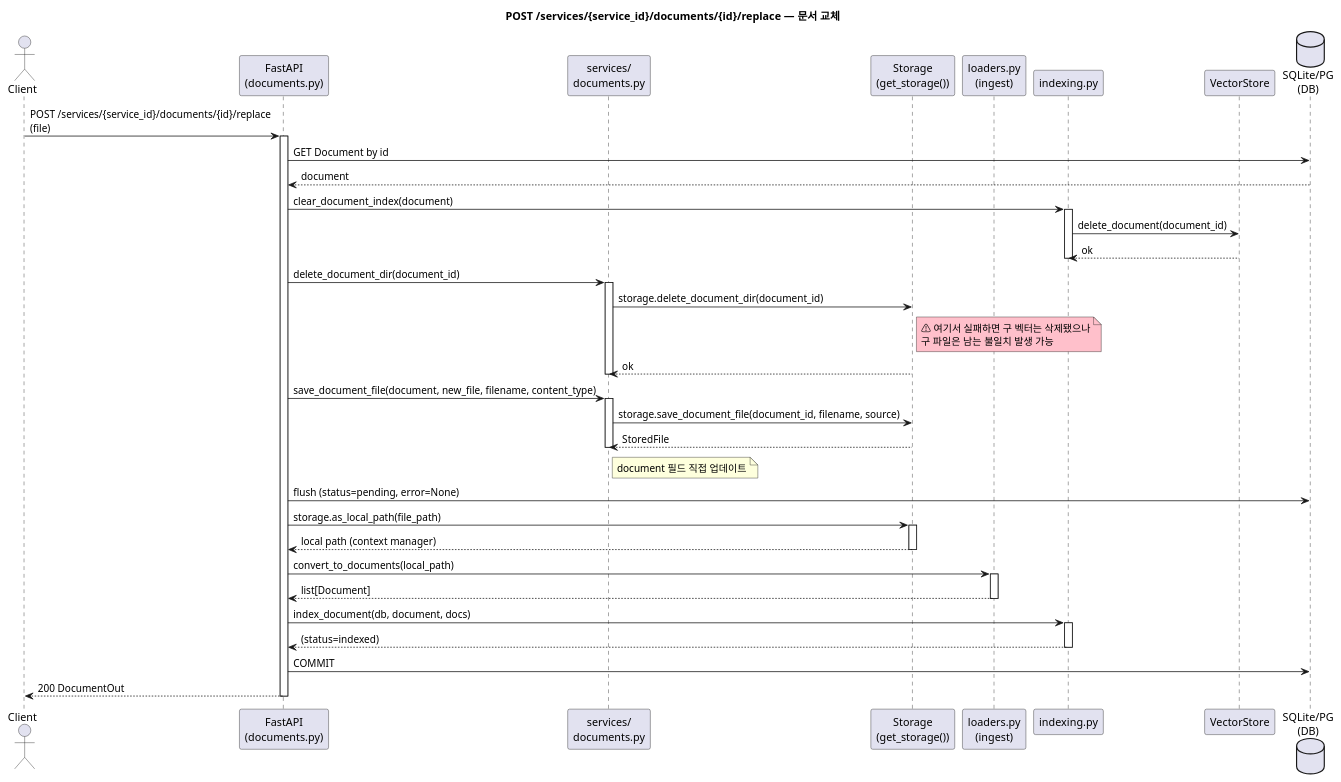
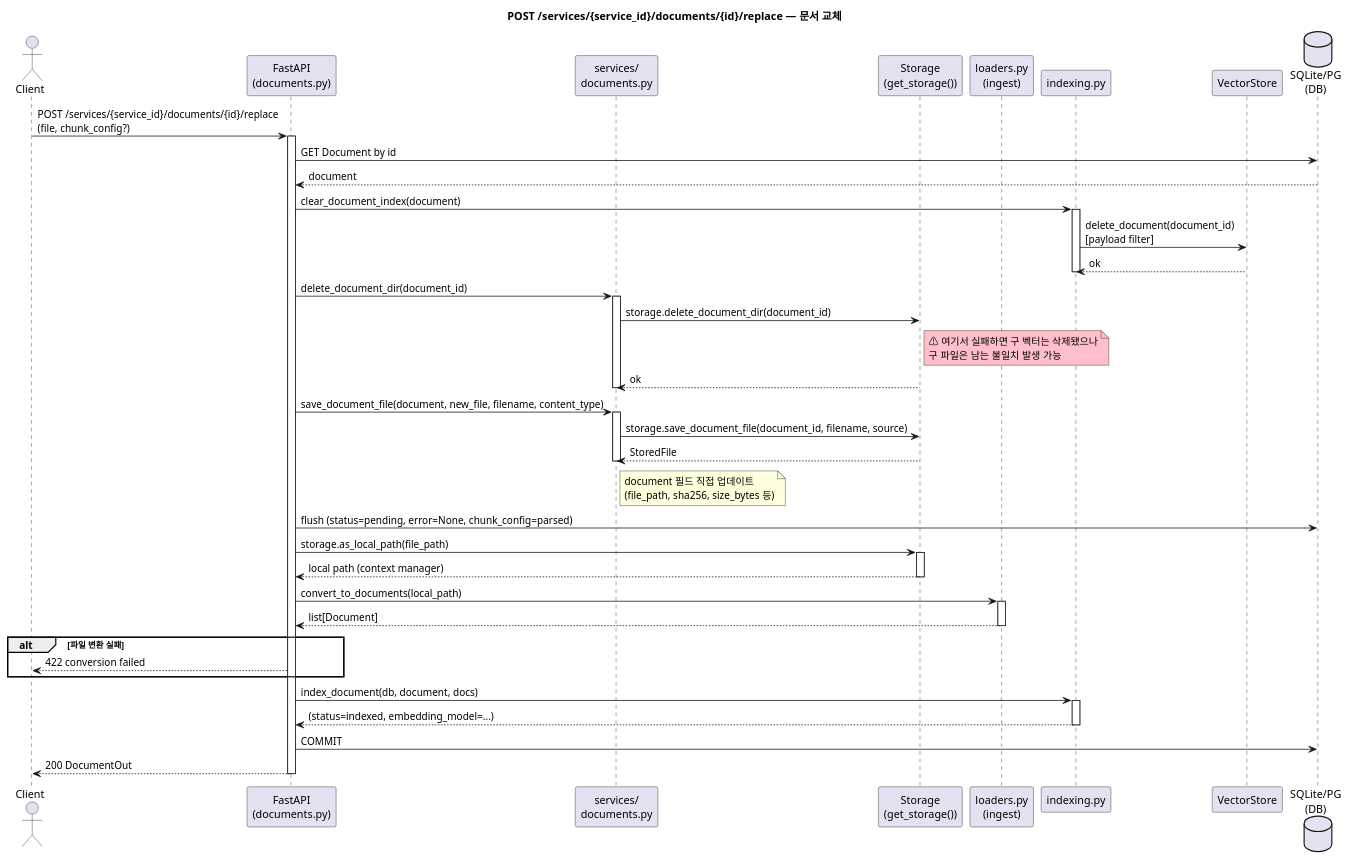
The second of 5 diagrams in docs/diagrams/all.puml (sigmoidx0/ragkit), drawn with PlantUML before and after one commit. The commit also changed other lines of this file and 36 other files, not shown here.

```diff
--- a/docs/diagrams/all.puml
+++ b/docs/diagrams/all.puml
@@ -89,66 +116,73 @@
 @startuml Document Replace
 
 title POST /services/{service_id}/documents/{id}/replace — 문서 교체
 
 actor Client
 participant "FastAPI\n(documents.py)" as API
 participant "services/\ndocuments.py" as SVC
 participant "Storage\n(get_storage())" as FS
 participant "loaders.py\n(ingest)" as LDR
 participant "indexing.py" as IDX
 participant "VectorStore" as QD
 database "SQLite/PG\n(DB)" as DB
 
-Client -> API : POST /services/{service_id}/documents/{id}/replace\n(file)
+Client -> API : POST /services/{service_id}/documents/{id}/replace\n(file, chunk_config?)
 activate API
 
 API -> DB : GET Document by id
 DB --> API : document
 
 API -> IDX : clear_document_index(document)
 activate IDX
-IDX -> QD : delete_document(document_id)
+IDX -> QD : delete_document(document_id)\n[payload filter]
 QD --> IDX : ok
 deactivate IDX
 
 API -> SVC : delete_document_dir(document_id)
 activate SVC
 SVC -> FS : storage.delete_document_dir(document_id)
 note right of FS #pink
   ⚠ 여기서 실패하면 구 벡터는 삭제됐으나
   구 파일은 남는 불일치 발생 가능
 end note
 FS --> SVC : ok
 deactivate SVC
 
 API -> SVC : save_document_file(document, new_file, filename, content_type)
 activate SVC
 SVC -> FS : storage.save_document_file(document_id, filename, source)
 FS --> SVC : StoredFile
-note right of SVC : document 필드 직접 업데이트
+note right of SVC
+  document 필드 직접 업데이트
+  (file_path, sha256, size_bytes 등)
+end note
 deactivate SVC
 
-API -> DB : flush (status=pending, error=None)
+API -> DB : flush (status=pending, error=None, chunk_config=parsed)
 
 API -> FS : storage.as_local_path(file_path)
 activate FS
 FS --> API : local path (context manager)
 deactivate FS
 
 API -> LDR : convert_to_documents(local_path)
 activate LDR
 LDR --> API : list[Document]
 deactivate LDR
 
+alt 파일 변환 실패
+  API --> Client : 422 conversion failed
+end
+
 API -> IDX : index_document(db, document, docs)
 activate IDX
-IDX --> API : (status=indexed)
+IDX --> API : (status=indexed, embedding_model=...)
 deactivate IDX
 
 API -> DB : COMMIT
 
 API --> Client : 200 DocumentOut
 
 deactivate API
 
 @enduml
```
